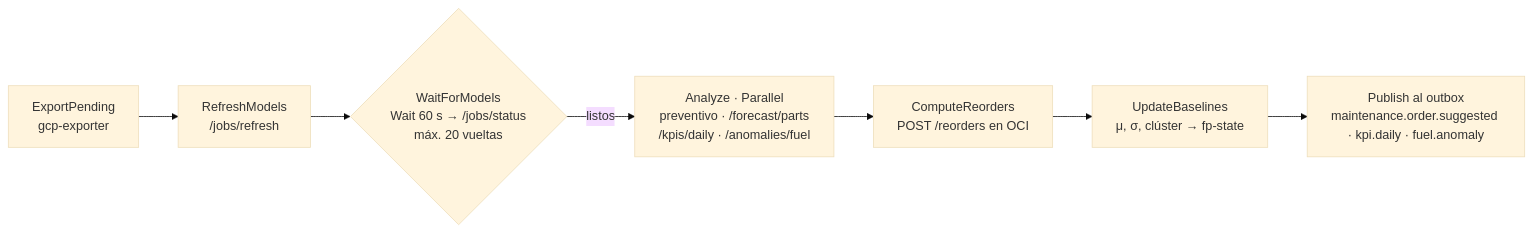
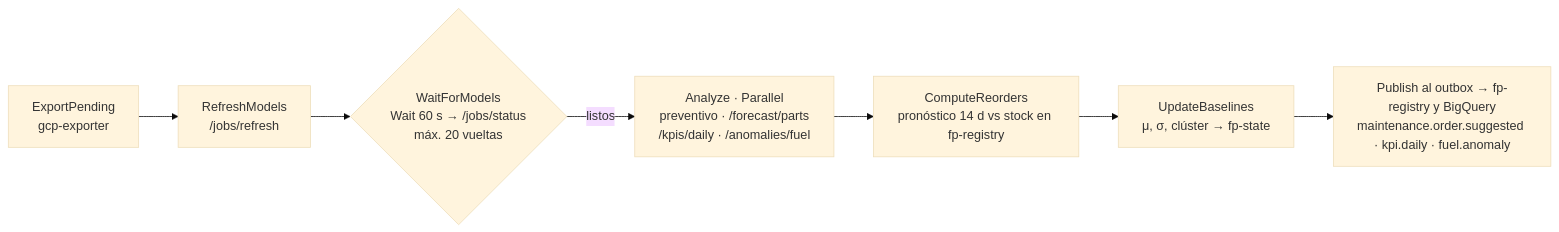
One commit to ArquiFusion-motosierra/fleetpulse changed the second of 2 diagrams in docs/architecture.md. Above: the diagram before and after it, drawn with Mermaid (base theme). The commit also changed other lines of this file and 10 other files, not shown here.

First line of the commit message:
feat: plan B without OCI — registry in DynamoDB, console in Cloud Run

````diff
--- a/docs/architecture.md
+++ b/docs/architecture.md
@@ -58,9 +59,9 @@
 ```mermaid
 flowchart LR
     A[ExportPending<br/>gcp-exporter] --> B[RefreshModels<br/>/jobs/refresh]
     B --> C{WaitForModels<br/>Wait 60 s → /jobs/status<br/>máx. 20 vueltas}
     C -- listos --> D[Analyze · Parallel<br/>preventivo · /forecast/parts<br/>/kpis/daily · /anomalies/fuel]
-    D --> E[ComputeReorders<br/>POST /reorders en OCI]
+    D --> E[ComputeReorders<br/>pronóstico 14 d vs stock en fp-registry]
     E --> F[UpdateBaselines<br/>μ, σ, clúster → fp-state]
-    F --> G[Publish al outbox<br/>maintenance.order.suggested · kpi.daily · fuel.anomaly]
+    F --> G[Publish al outbox → fp-registry y BigQuery<br/>maintenance.order.suggested · kpi.daily · fuel.anomaly]
 ```
````
